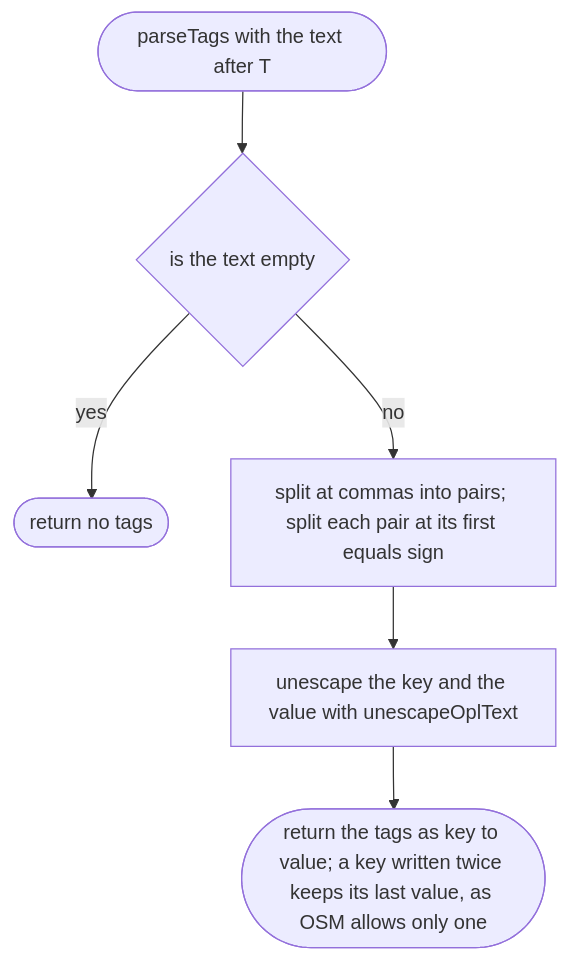
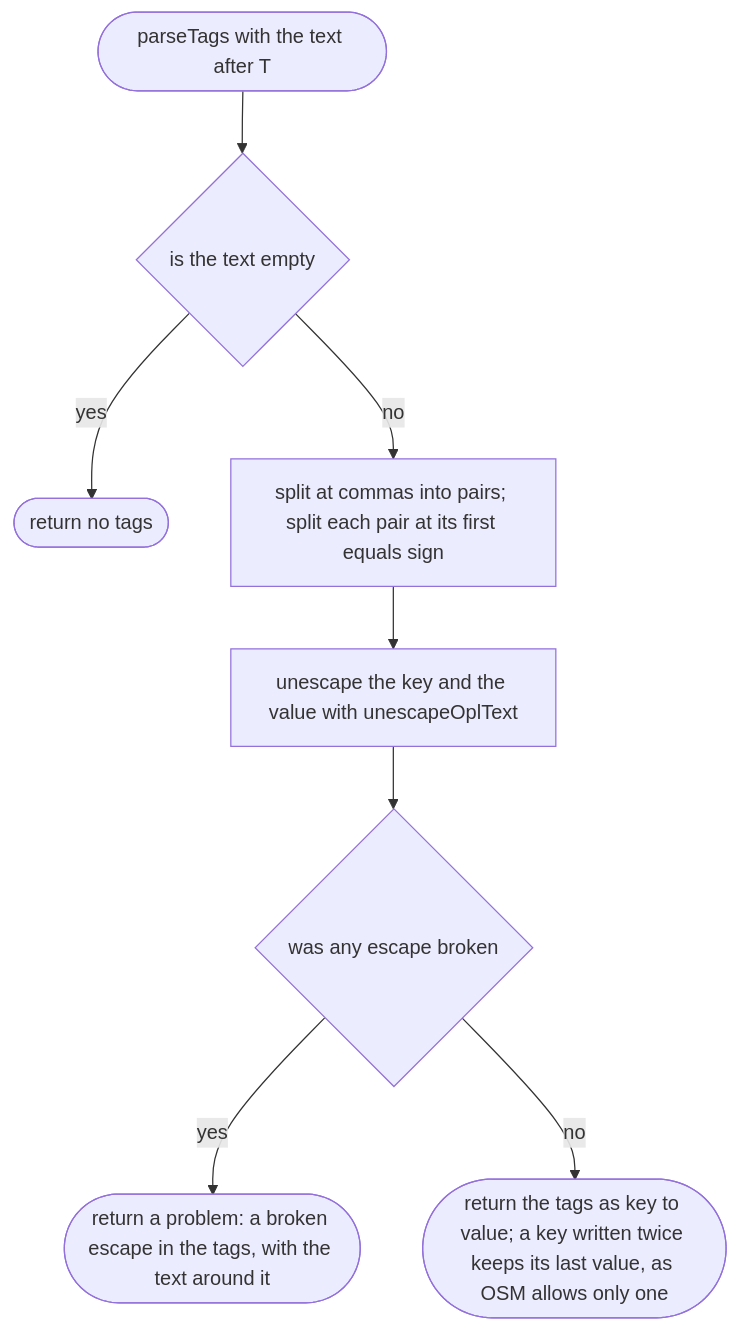
Before and after one commit to NewDara-Star/world-engine: the third of 5 diagrams in docs/designs/tools/bake/opl.md, drawn with Mermaid. The commit also changed other lines of this file and 41 other files, not shown here.

````diff
--- a/docs/designs/tools/bake/opl.md
+++ b/docs/designs/tools/bake/opl.md
@@ -73,12 +80,16 @@
 ```mermaid
 flowchart TD
   s(["parseTags with the text after T"])
   a{"is the text empty"}
   b(["return no tags"])
   c["split at commas into pairs; split each pair at its first equals sign"]
   d["unescape the key and the value with unescapeOplText"]
+  f{"was any escape broken"}
+  g(["return a problem: a broken escape in the tags, with the text around it"])
   e(["return the tags as key to value; a key written twice keeps its last value, as OSM allows only one"])
   s --> a
   a -->|"yes"| b
-  a -->|"no"| c --> d --> e
+  a -->|"no"| c --> d --> f
+  f -->|"yes"| g
+  f -->|"no"| e
 ```
````
